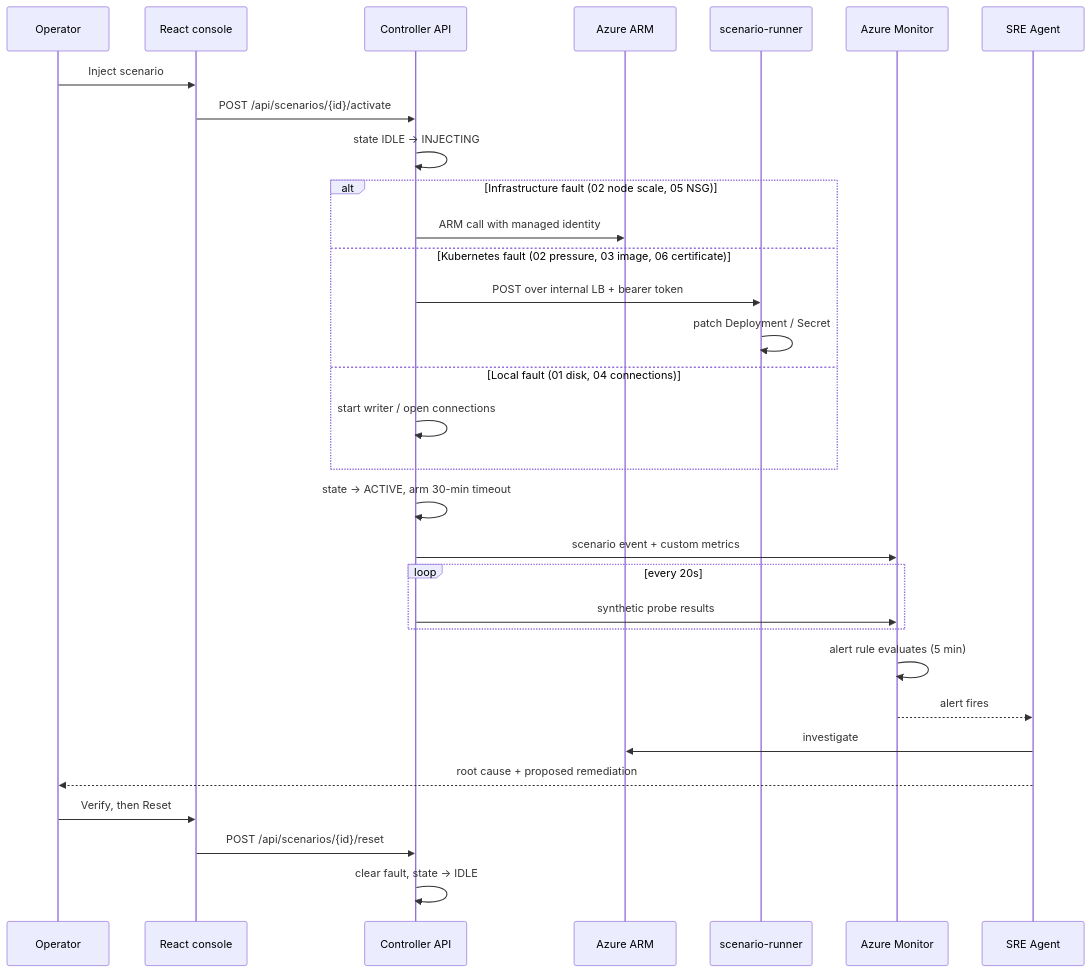
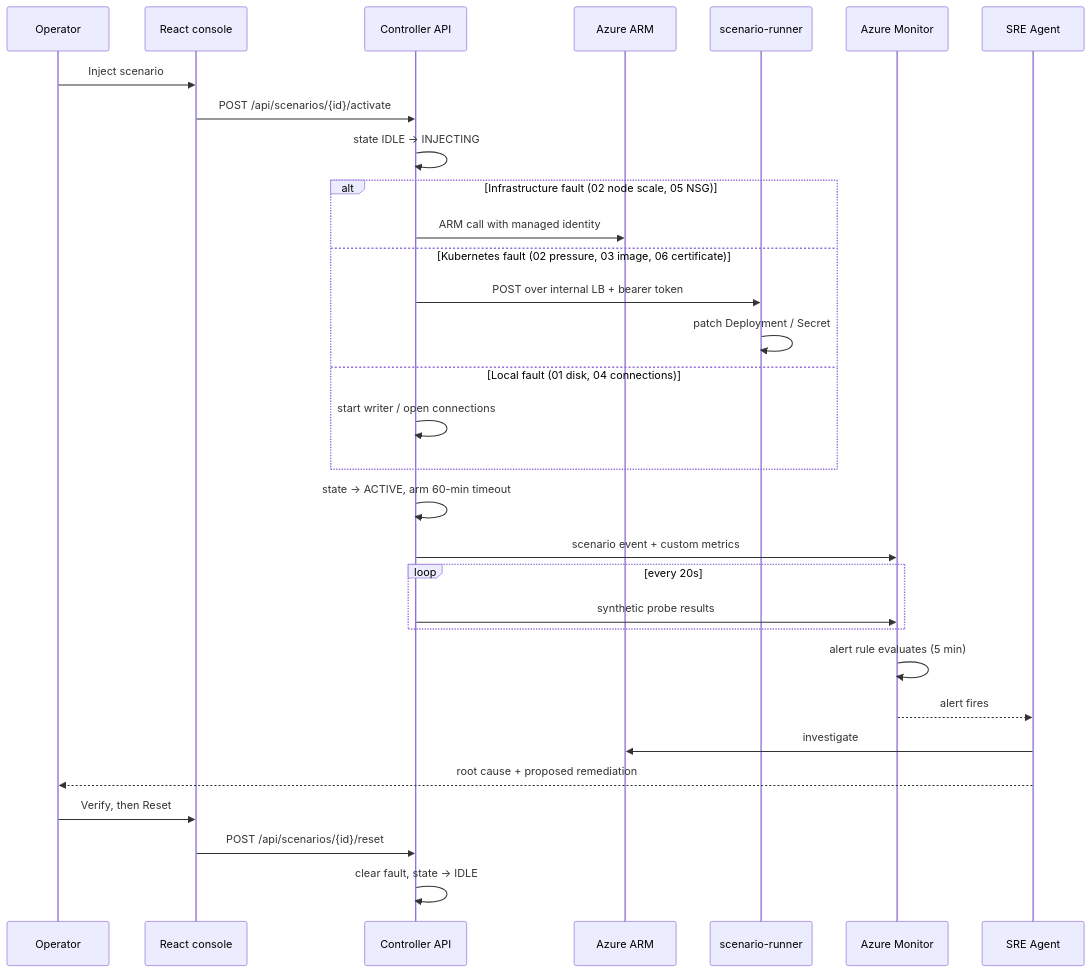
The second of 3 diagrams in docs/ARCHITECTURE.md (F0bsterz/azure-sre-agent-demo-lab), drawn with Mermaid before and after one commit. The commit also changed other lines of this file and 13 other files, not shown here.

````diff
--- a/docs/ARCHITECTURE.md
+++ b/docs/ARCHITECTURE.md
@@ -92,34 +92,34 @@
 ```mermaid
 sequenceDiagram
     participant Op as Operator
     participant UI as React console
     participant API as Controller API
     participant AZ as Azure ARM
     participant K8s as scenario-runner
     participant Mon as Azure Monitor
     participant Agent as SRE Agent
 
     Op->>UI: Inject scenario
     UI->>API: POST /api/scenarios/{id}/activate
     API->>API: state IDLE → INJECTING
     alt Infrastructure fault (02 node scale, 05 NSG)
         API->>AZ: ARM call with managed identity
     else Kubernetes fault (02 pressure, 03 image, 06 certificate)
         API->>K8s: POST over internal LB + bearer token
         K8s->>K8s: patch Deployment / Secret
     else Local fault (01 disk, 04 connections)
         API->>API: start writer / open connections
     end
-    API->>API: state → ACTIVE, arm 30-min timeout
+    API->>API: state → ACTIVE, arm 60-min timeout
     API->>Mon: scenario event + custom metrics
     loop every 20s
         API->>Mon: synthetic probe results
     end
     Mon->>Mon: alert rule evaluates (5 min)
     Mon-->>Agent: alert fires
     Agent->>AZ: investigate
     Agent-->>Op: root cause + proposed remediation
     Op->>UI: Verify, then Reset
     UI->>API: POST /api/scenarios/{id}/reset
     API->>API: clear fault, state → IDLE
 ```
````
